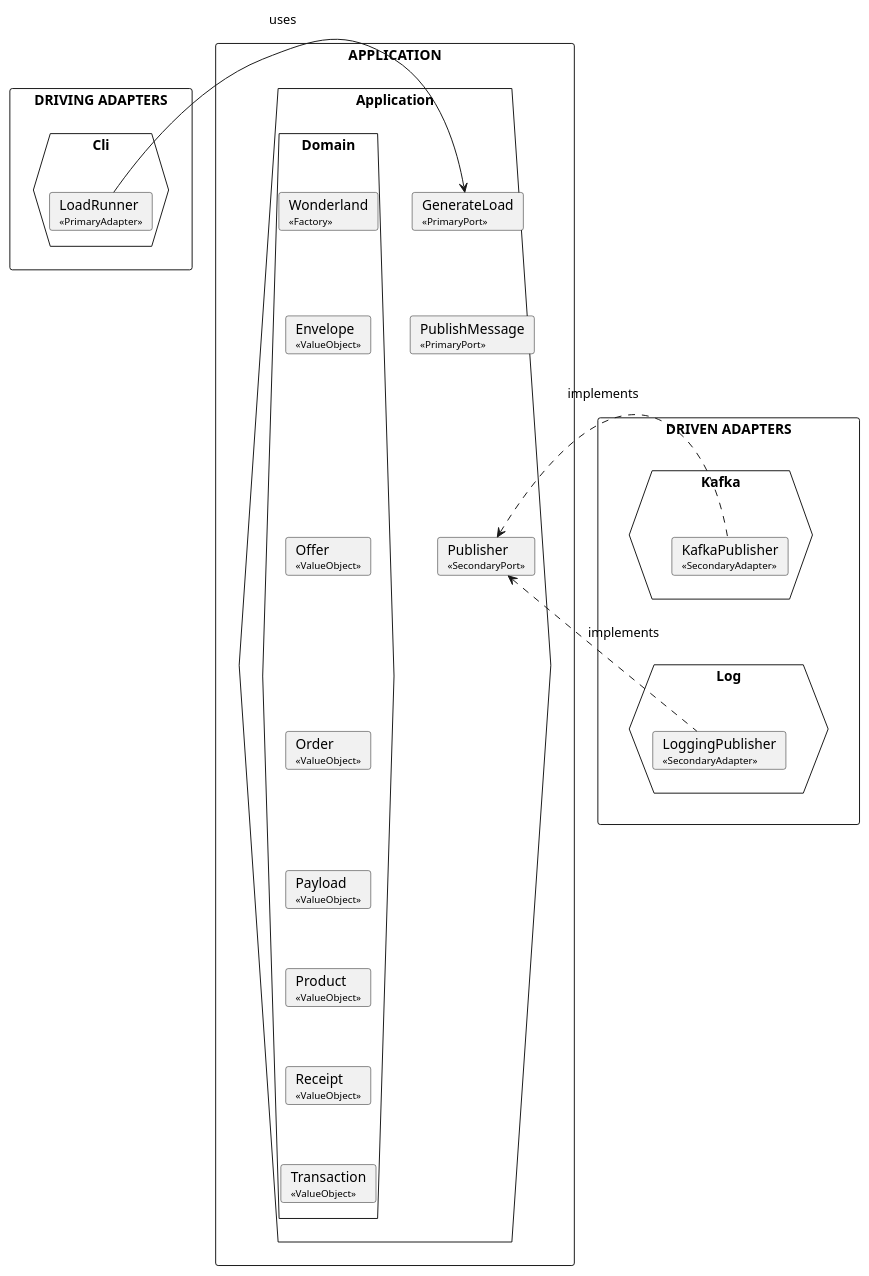
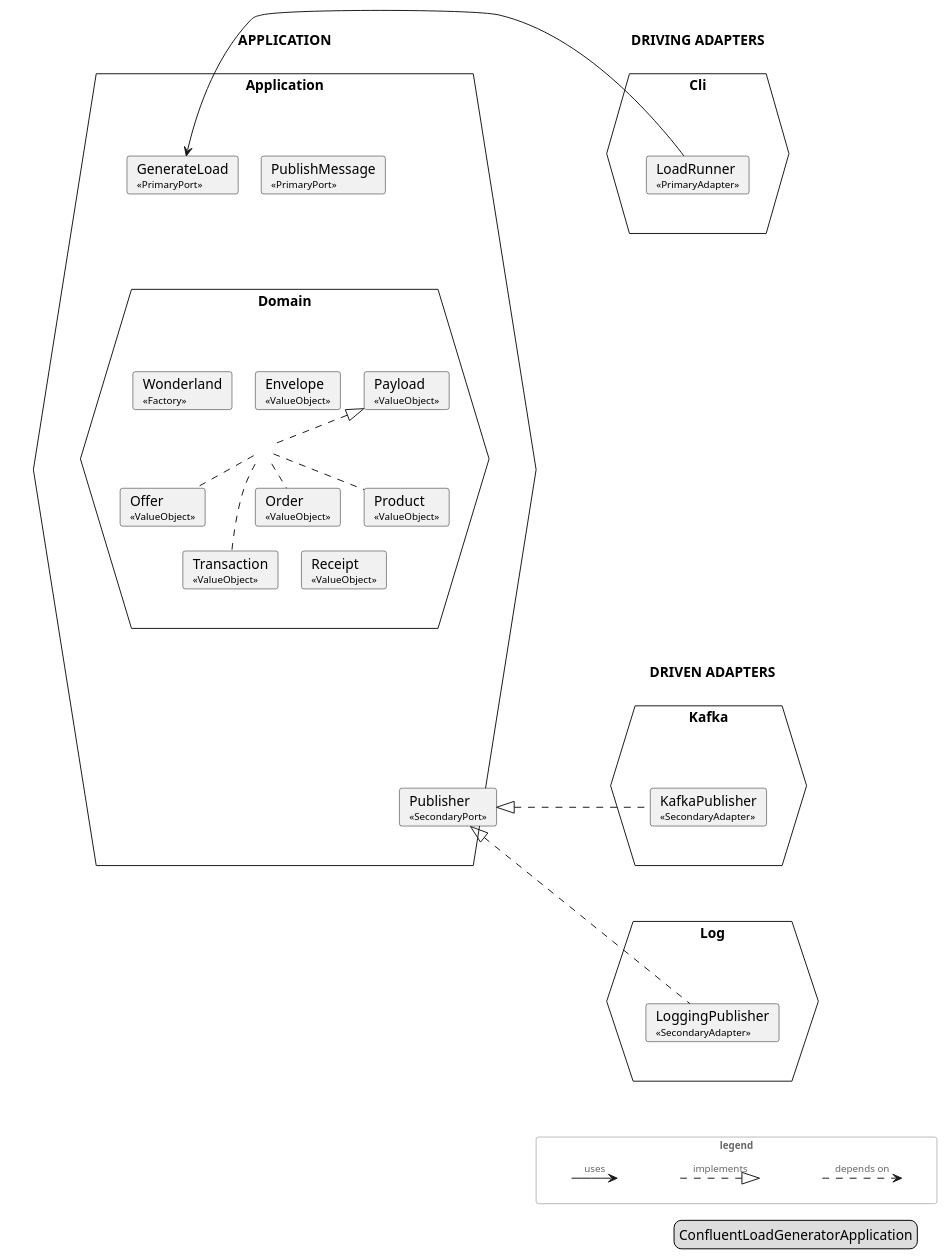
The diagram in docs/generated/architecture/plantuml/hexagon.puml (Mathmagicians/confluent-eventing-playground), drawn with PlantUML before and after one commit. The commit also changed 26 other files, not shown here.

Commit message:
collected skills from the sessions, added tf output to be able to propagate the cluster connection string etc, work on pretty layout for the generated diagram

```diff
--- a/docs/generated/architecture/plantuml/hexagon.puml
+++ b/docs/generated/architecture/plantuml/hexagon.puml
@@ -1,54 +1,99 @@
 @startuml
 ' the hexagon from the code: Spring Modulith modules placed by their jMolecules stereotypes
 skinparam shadowing false
 skinparam defaultTextAlignment left
+skinparam ranksep 24
+skinparam nodesep 24
+skinparam ArrowFontSize 10
+skinparam ArrowFontColor #666666
 <style>
 hexagon { HorizontalAlignment center }
 rectangle { HorizontalAlignment center }
 </style>
 
-rectangle "DRIVING ADAPTERS" as driving {
+rectangle "DRIVING ADAPTERS" as driving #line:transparent {
   hexagon "Cli" as m_Cli {
-    card "LoadRunner\n<size:10>«PrimaryAdapter»</size>" as m_Cli_LoadRunner
-  }
-}
-rectangle "APPLICATION" as core {
-  hexagon "Application" as m_Application {
-    card "GenerateLoad\n<size:10>«PrimaryPort»</size>" as m_Application_GenerateLoad
-    card "PublishMessage\n<size:10>«PrimaryPort»</size>" as m_Application_PublishMessage
-    card "Publisher\n<size:10>«SecondaryPort»</size>" as m_Application_Publisher
-    m_Application_GenerateLoad -[hidden]-> m_Application_PublishMessage
-    m_Application_PublishMessage -[hidden]-> m_Application_Publisher
-    hexagon "Domain" as m_Domain {
-      card "Wonderland\n<size:10>«Factory»</size>" as m_Domain_Wonderland
-      card "Envelope\n<size:10>«ValueObject»</size>" as m_Domain_Envelope
-      card "Offer\n<size:10>«ValueObject»</size>" as m_Domain_Offer
-      card "Order\n<size:10>«ValueObject»</size>" as m_Domain_Order
-      card "Payload\n<size:10>«ValueObject»</size>" as m_Domain_Payload
-      card "Product\n<size:10>«ValueObject»</size>" as m_Domain_Product
-      card "Receipt\n<size:10>«ValueObject»</size>" as m_Domain_Receipt
-      card "Transaction\n<size:10>«ValueObject»</size>" as m_Domain_Transaction
-      m_Domain_Wonderland -[hidden]-> m_Domain_Envelope
-      m_Domain_Envelope -[hidden]-> m_Domain_Offer
-      m_Domain_Offer -[hidden]-> m_Domain_Order
-      m_Domain_Order -[hidden]-> m_Domain_Payload
-      m_Domain_Payload -[hidden]-> m_Domain_Product
-      m_Domain_Product -[hidden]-> m_Domain_Receipt
-      m_Domain_Receipt -[hidden]-> m_Domain_Transaction
+    rectangle " " as m_Cli_in #line:transparent {
+      card "LoadRunner\n<size:10>«PrimaryAdapter»</size>" as m_Cli_LoadRunner
     }
   }
 }
-rectangle "DRIVEN ADAPTERS" as driven {
+rectangle "APPLICATION" as core #line:transparent {
+  hexagon "Application" as m_Application {
+    rectangle " " as m_Application_in #line:transparent {
+      card "GenerateLoad\n<size:10>«PrimaryPort»</size>" as m_Application_GenerateLoad
+      card "PublishMessage\n<size:10>«PrimaryPort»</size>" as m_Application_PublishMessage
+      card "Publisher\n<size:10>«SecondaryPort»</size>" as m_Application_Publisher
+      m_Application_GenerateLoad -[hidden]right-> m_Application_PublishMessage
+      hexagon "Domain" as m_Domain {
+        rectangle " " as m_Domain_in #line:transparent {
+          card "Wonderland\n<size:10>«Factory»</size>" as m_Domain_Wonderland
+          card "Envelope\n<size:10>«ValueObject»</size>" as m_Domain_Envelope
+          card "Payload\n<size:10>«ValueObject»</size>" as m_Domain_Payload
+          card "Offer\n<size:10>«ValueObject»</size>" as m_Domain_Offer
+          card "Order\n<size:10>«ValueObject»</size>" as m_Domain_Order
+          card "Product\n<size:10>«ValueObject»</size>" as m_Domain_Product
+          card "Transaction\n<size:10>«ValueObject»</size>" as m_Domain_Transaction
+          label "<size:1> </size>" as m_Domain_Payload_j
+          m_Domain_Offer .up. m_Domain_Payload_j
+          m_Domain_Order .up. m_Domain_Payload_j
+          m_Domain_Product .up. m_Domain_Payload_j
+          m_Domain_Transaction .up. m_Domain_Payload_j
+          m_Domain_Payload_j .up.|> m_Domain_Payload
+          card "Receipt\n<size:10>«ValueObject»</size>" as m_Domain_Receipt
+          m_Domain_Wonderland -[hidden]right-> m_Domain_Envelope
+          m_Domain_Wonderland -[hidden]down-> m_Domain_Offer
+          m_Domain_Envelope -[hidden]right-> m_Domain_Payload
+          m_Domain_Envelope -[hidden]down-> m_Domain_Order
+          m_Domain_Payload -[hidden]down-> m_Domain_Product
+          m_Domain_Offer -[hidden]right-> m_Domain_Order
+          m_Domain_Offer -[hidden]down-> m_Domain_Transaction
+          m_Domain_Order -[hidden]right-> m_Domain_Product
+          m_Domain_Order -[hidden]down-> m_Domain_Receipt
+          m_Domain_Transaction -[hidden]right-> m_Domain_Receipt
+        }
+      }
+      m_Application_GenerateLoad -[hidden]down-> m_Domain_Wonderland
+      m_Application_PublishMessage -[hidden]down-> m_Domain_Wonderland
+      m_Domain_Transaction -[hidden]down-> m_Application_Publisher
+      m_Domain_Receipt -[hidden]down-> m_Application_Publisher
+    }
+  }
+}
+rectangle "DRIVEN ADAPTERS" as driven #line:transparent {
   hexagon "Kafka" as m_Kafka {
-    card "KafkaPublisher\n<size:10>«SecondaryAdapter»</size>" as m_Kafka_KafkaPublisher
+    rectangle " " as m_Kafka_in #line:transparent {
+      card "KafkaPublisher\n<size:10>«SecondaryAdapter»</size>" as m_Kafka_KafkaPublisher
+    }
   }
   hexagon "Log" as m_Log {
-    card "LoggingPublisher\n<size:10>«SecondaryAdapter»</size>" as m_Log_LoggingPublisher
+    rectangle " " as m_Log_in #line:transparent {
+      card "LoggingPublisher\n<size:10>«SecondaryAdapter»</size>" as m_Log_LoggingPublisher
+    }
   }
-    m_Kafka -[hidden]-> m_Log
+  m_Kafka_KafkaPublisher -[hidden]down-> m_Log_LoggingPublisher
 }
 
-m_Cli_LoadRunner -right-> m_Application_GenerateLoad : uses
-m_Kafka_KafkaPublisher .left.> m_Application_Publisher : implements
-m_Log_LoggingPublisher .left.> m_Application_Publisher : implements
+m_Cli_LoadRunner -right-> m_Application_GenerateLoad
+m_Kafka_KafkaPublisher .left.|> m_Application_Publisher
+m_Log_LoggingPublisher .left.|> m_Application_Publisher
+
+rectangle "<size:10>legend</size>" as legend #line:BBBBBB;text:666666 {
+  label " " as l_uses_from
+  label " " as l_uses_to
+  l_uses_from -right-> l_uses_to : uses
+  label " " as l_implements_from
+  label " " as l_implements_to
+  l_implements_from .right.|> l_implements_to : implements
+  label " " as l_depends_on_from
+  label " " as l_depends_on_to
+  l_depends_on_from .right.> l_depends_on_to : depends on
+  l_uses_to -[hidden]right-> l_implements_from
+  l_implements_to -[hidden]right-> l_depends_on_from
+}
+m_Log_LoggingPublisher -[hidden]down-> l_uses_from
+m_Application_Publisher -[hidden]down-> l_uses_from
+legend right
+  ConfluentLoadGeneratorApplication
+endlegend
 @enduml
```
